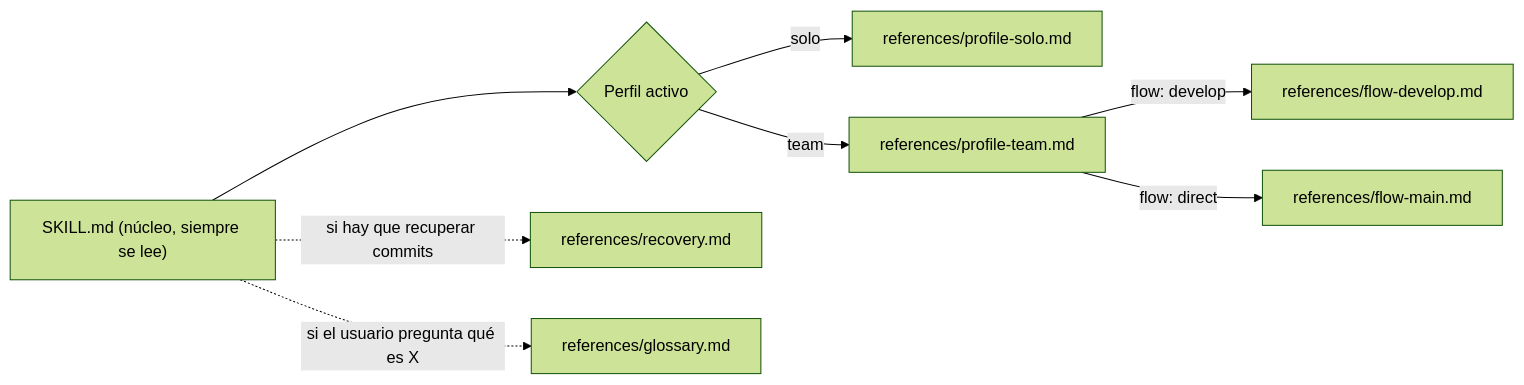
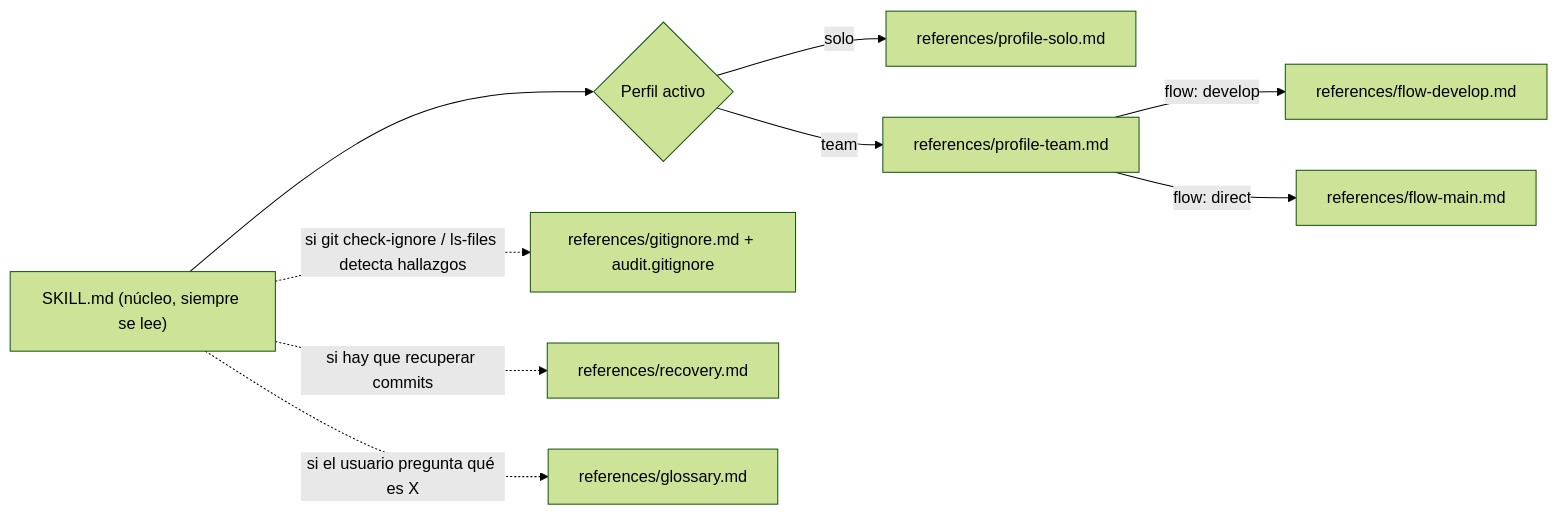
The first of 5 diagrams in DESIGN.md (Srozasc/git-mentor-skill), drawn with Mermaid (forest theme) before and after one commit. The commit also changed other lines of this file and 4 other files, not shown here.

````diff
--- a/DESIGN.md
+++ b/DESIGN.md
@@ -41,10 +43,11 @@
 ```mermaid
 flowchart LR
     S["SKILL.md (núcleo, siempre se lee)"] --> P{"Perfil activo"}
     P -->|solo| PS["references/profile-solo.md"]
     P -->|team| PT["references/profile-team.md"]
     PT -->|flow: develop| FD["references/flow-develop.md"]
     PT -->|flow: direct| FM["references/flow-main.md"]
+    S -.->|"si git check-ignore / ls-files detecta hallazgos"| GI["references/gitignore.md + audit.gitignore"]
     S -.->|"si hay que recuperar commits"| R["references/recovery.md"]
     S -.->|"si el usuario pregunta qué es X"| G["references/glossary.md"]
 ```
````
